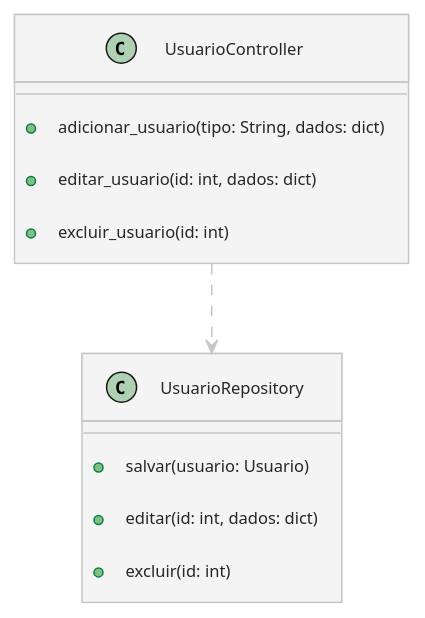
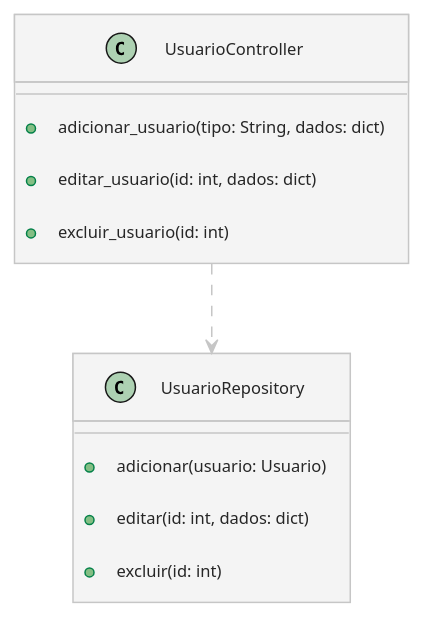
One commit to viniciuscandeia/MPS_Obsidian changed the third of 4 diagrams in Novo Controller de Usuário.md. Above: the diagram before and after it, drawn with PlantUML. The commit also changed other lines of this file and 3 other files, not shown here.

````diff
--- a/Novo Controller de Usuário.md
+++ b/Novo Controller de Usuário.md
@@ -106,22 +106,22 @@
 ```plantuml
 
 @startuml
 !theme carbon-gray
 
 class UsuarioController {
   + adicionar_usuario(tipo: String, dados: dict)
   + editar_usuario(id: int, dados: dict)
   + excluir_usuario(id: int)
 }
 
 class UsuarioRepository {
-  + salvar(usuario: Usuario)
+  + adicionar(usuario: Usuario)
   + editar(id: int, dados: dict)
   + excluir(id: int)
 }
 
 UsuarioController ..> UsuarioRepository
 
 @enduml
 
 ```
````
